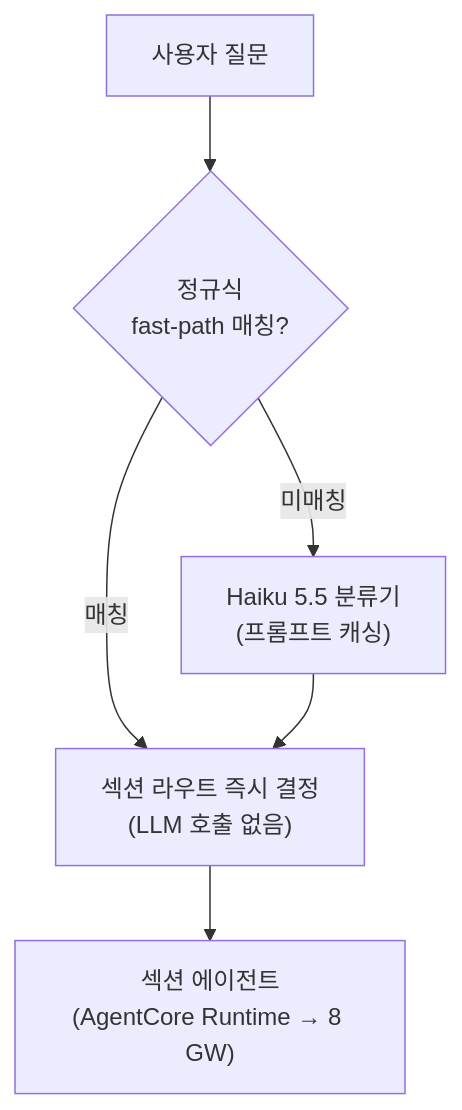
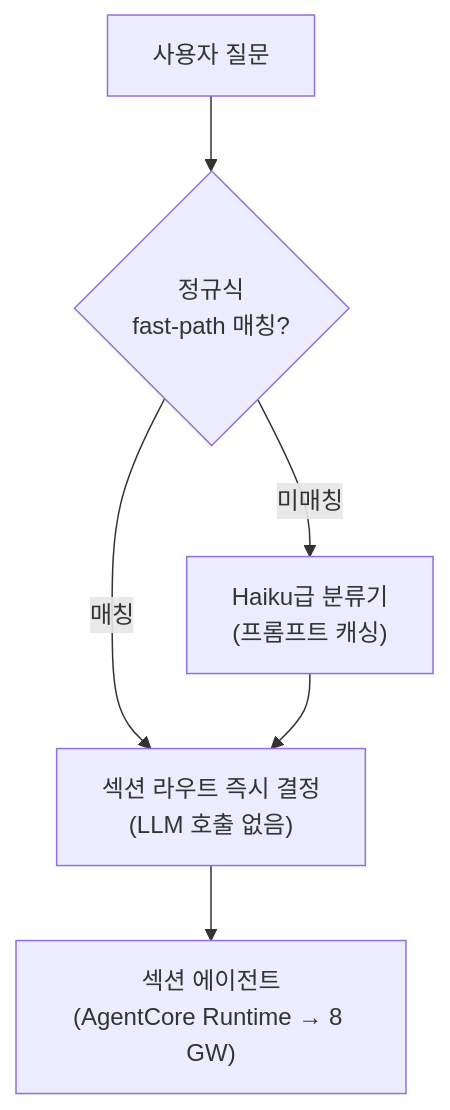
The third of 4 diagrams in docs-site/docs/faq/architecture.md (aws-samples/sample-awsops), drawn with Mermaid before and after one commit. The commit also changed other lines of this file and 38 other files, not shown here.

````diff
--- a/docs-site/docs/faq/architecture.md
+++ b/docs-site/docs/faq/architecture.md
@@ -127,8 +127,8 @@
 ```mermaid
 flowchart TD
   Q["사용자 질문"] --> REGEX{"정규식<br/>fast-path 매칭?"}
   REGEX -->|"매칭"| ROUTE["섹션 라우트 즉시 결정<br/>(LLM 호출 없음)"]
-  REGEX -->|"미매칭"| HAIKU["Haiku 5.5 분류기<br/>(프롬프트 캐싱)"]
+  REGEX -->|"미매칭"| HAIKU["Haiku급 분류기<br/>(프롬프트 캐싱)"]
   HAIKU --> ROUTE
   ROUTE --> AGENT["섹션 에이전트<br/>(AgentCore Runtime → 8 GW)"]
 ```
````
